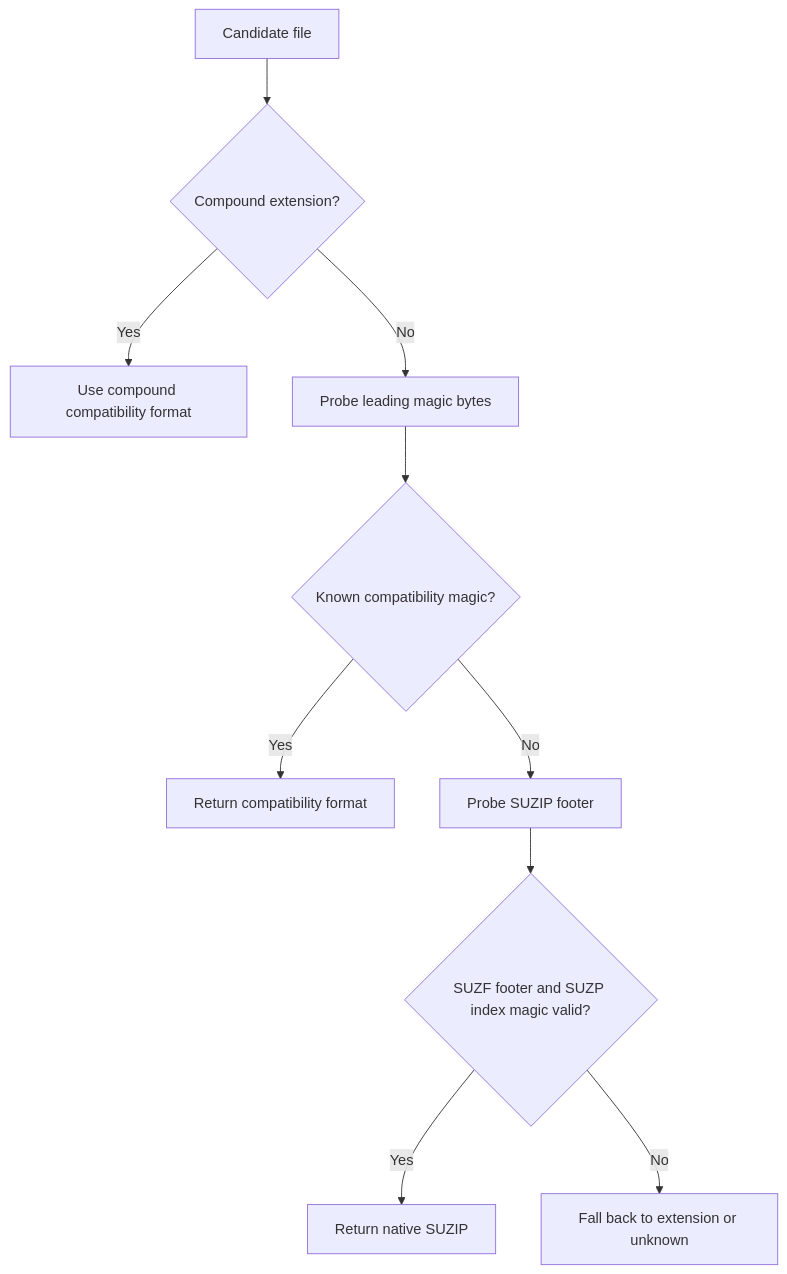
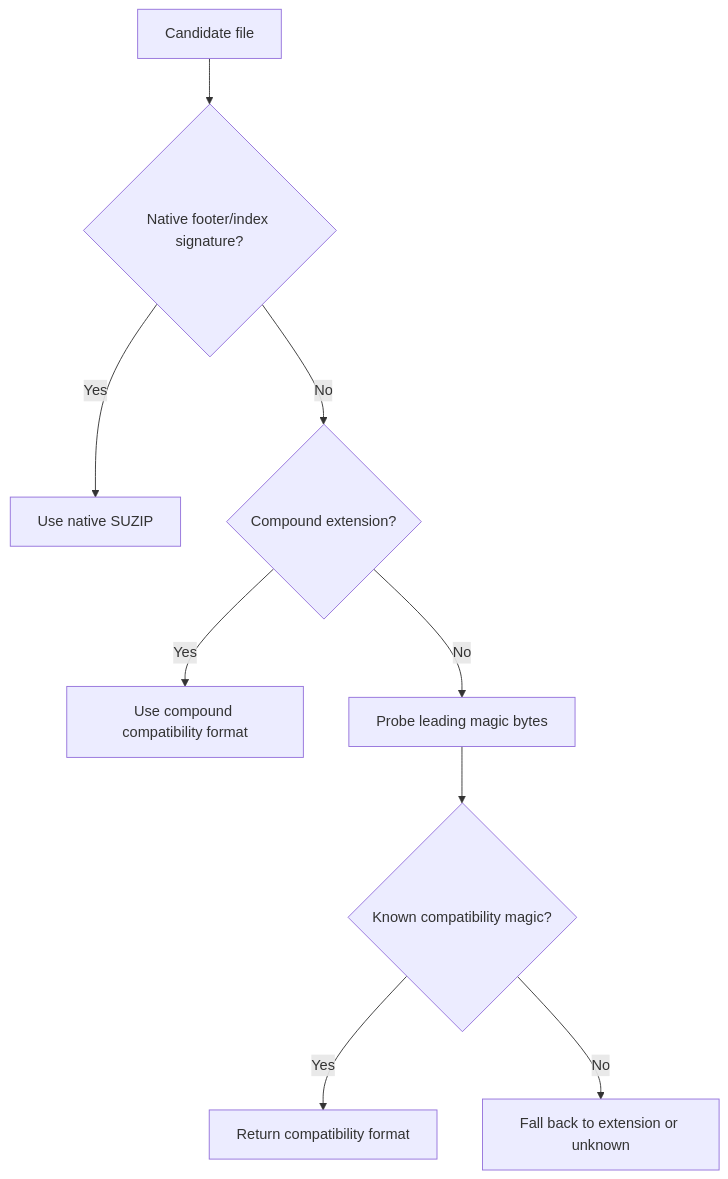
One commit to strmt7/SuperZip changed the diagram in docs/native-suzip-format.md. Above: the diagram before and after it, drawn with Mermaid. The commit also changed other lines of this file and 15 other files, not shown here.

````diff
--- a/docs/native-suzip-format.md
+++ b/docs/native-suzip-format.md
@@ -50,12 +63,11 @@
 ```mermaid
 flowchart TD
-    A["Candidate file"] --> B{"Compound extension?"}
-    B -- "Yes" --> C["Use compound compatibility format"]
-    B -- "No" --> D["Probe leading magic bytes"]
-    D --> E{"Known compatibility magic?"}
-    E -- "Yes" --> F["Return compatibility format"]
-    E -- "No" --> G["Probe SUZIP footer"]
-    G --> H{"SUZF footer and SUZP index magic valid?"}
-    H -- "Yes" --> I["Return native SUZIP"]
-    H -- "No" --> J["Fall back to extension or unknown"]
+    A["Candidate file"] --> B{"Native footer/index signature?"}
+    B -- "Yes" --> C["Use native SUZIP"]
+    B -- "No" --> D{"Compound extension?"}
+    D -- "Yes" --> E["Use compound compatibility format"]
+    D -- "No" --> F["Probe leading magic bytes"]
+    F --> G{"Known compatibility magic?"}
+    G -- "Yes" --> H["Return compatibility format"]
+    G -- "No" --> I["Fall back to extension or unknown"]
 ```
````
